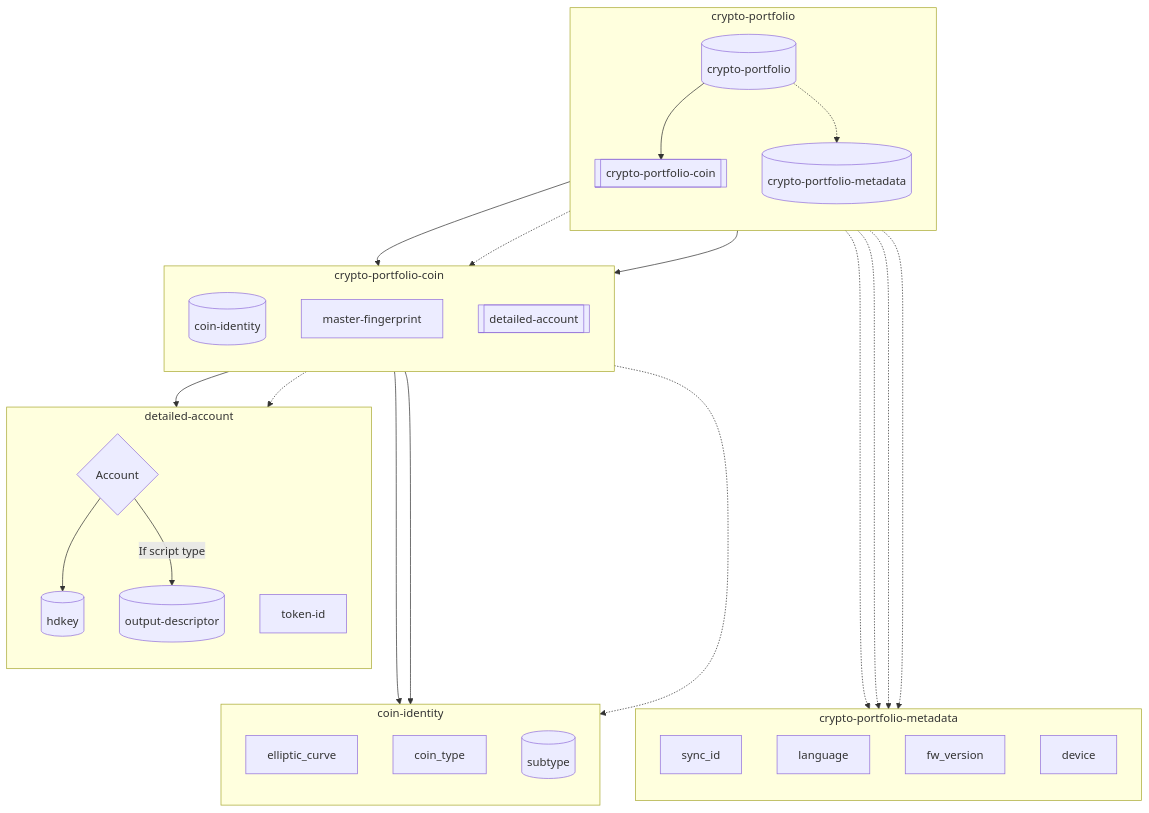
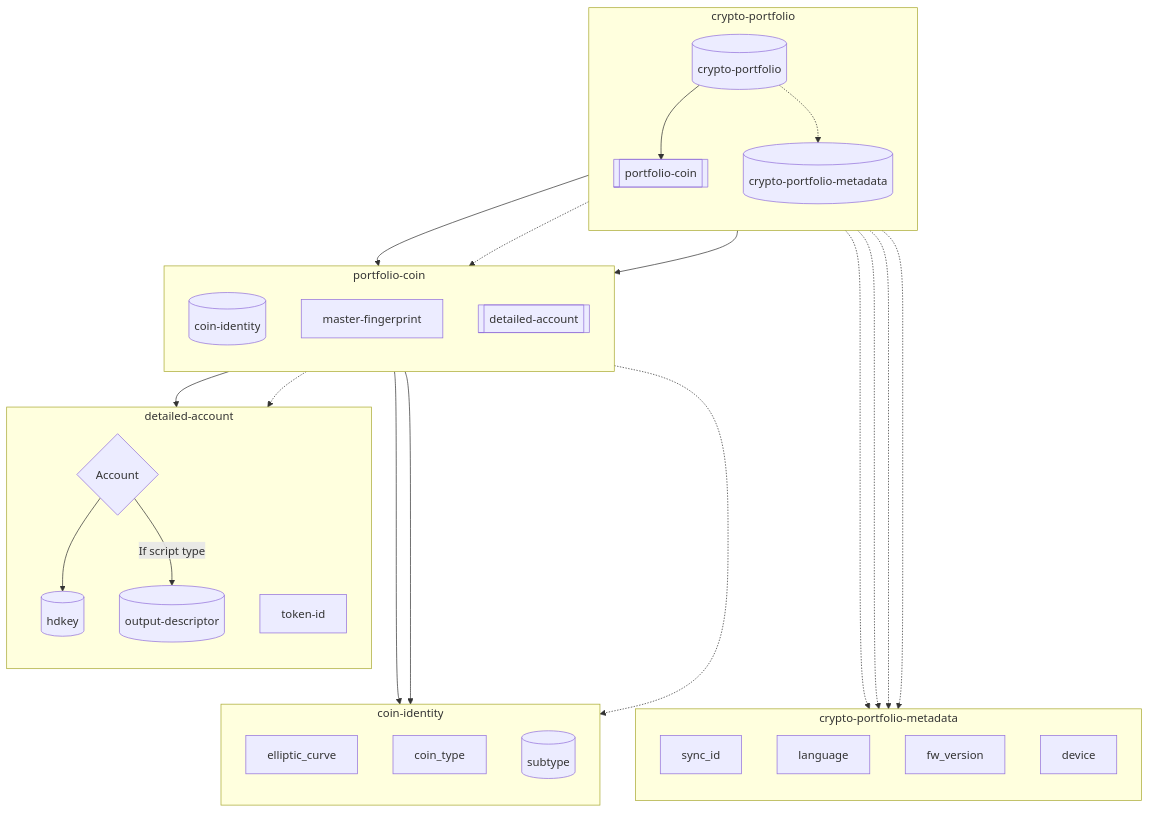
The fourth of 4 diagrams in papers/nbcr-2023-002-multi-layer-sync.md (ngraveio/Research), drawn with Mermaid before and after one commit. The commit also changed other lines of this file, not shown here.

Commit message:
NBCR: Update crypto-portfolio-coin (#6.1403) to portfolio-coin (#6.41403)

````diff
--- a/papers/nbcr-2023-002-multi-layer-sync.md
+++ b/papers/nbcr-2023-002-multi-layer-sync.md
@@ -458,44 +458,44 @@
 ```mermaid
 flowchart TB
 	%% crypto-sync breakdown
 	Sync[(crypto-portfolio)]
 	subgraph crypto-portfolio
     direction TB
-	Sync --> Coins[[crypto-portfolio-coin]]
+	Sync --> Coins[[portfolio-coin]]
 	Sync -.-> Meta[(crypto-portfolio-metadata)]
     end
 
 	%% crypto-portfolio-metadata breakdown
 	subgraph crypto-portfolio-metadata
     direction TB
 	Meta -...-> sync_id
 	Meta -...-> language
 	Meta -...-> fw_version
 	Meta -...-> device
 	end
 
-	%% crypto-portfolio-coin breakdown
-	subgraph crypto-portfolio-coin
+	%% portfolio-coin breakdown
+	subgraph portfolio-coin
     direction TB
 	Coins --> ID[(coin-identity)]
     Coins -.-> MF2[master-fingerprint]
 	Coins --> DetAcc[[detailed-account]]
     end
 
     %% detailed-account breakdown
     subgraph detailed-account
     direction TB
     DetAcc --> key{Account}
 	key --> HD[(hdkey)]
 	key --> |If script type| Out[(output-descriptor)]
 	DetAcc -.-> token-id
 	end
 
 	%% coin-identity breakdown
 	subgraph coin-identity
     direction TB
 	ID ---> elliptic_curve
 	ID ---> coin_type
 	ID -..-> Subtypes[(subtype)]
 	end
 ```
````
